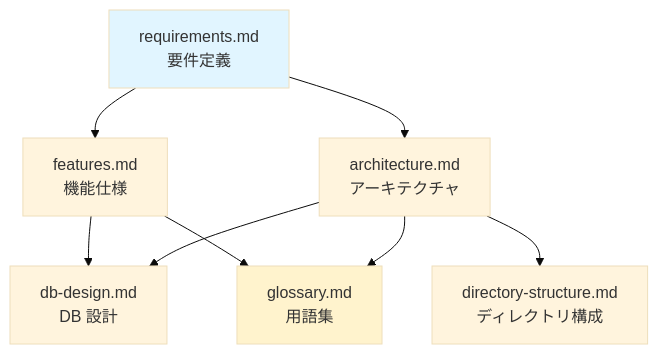
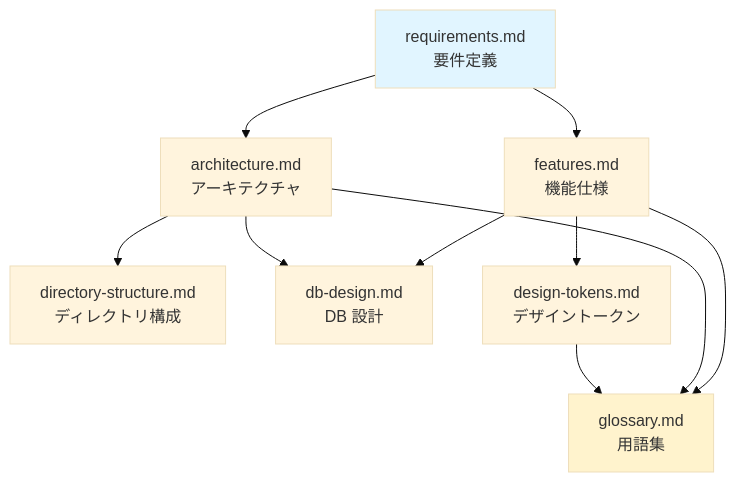
The diagram in docs/README.md (katsudon08/prog-path), drawn with Mermaid (base theme) before and after one commit. The commit also changed other lines of this file and 13 other files, not shown here.

````diff
--- a/docs/README.md
+++ b/docs/README.md
@@ -40,20 +41,23 @@
 ```mermaid
 flowchart TD
     req["requirements.md<br/>要件定義"]
     feat["features.md<br/>機能仕様"]
     arch["architecture.md<br/>アーキテクチャ"]
     dir["directory-structure.md<br/>ディレクトリ構成"]
     db["db-design.md<br/>DB 設計"]
     glo["glossary.md<br/>用語集"]
+    tok["design-tokens.md<br/>デザイントークン"]
 
     req --> feat
     req --> arch
     feat --> db
     feat --> glo
     arch --> dir
     arch --> db
     arch --> glo
+    feat --> tok
+    tok --> glo
 
     style req fill:#e1f5ff
     style glo fill:#fff3cd
 ```
````
